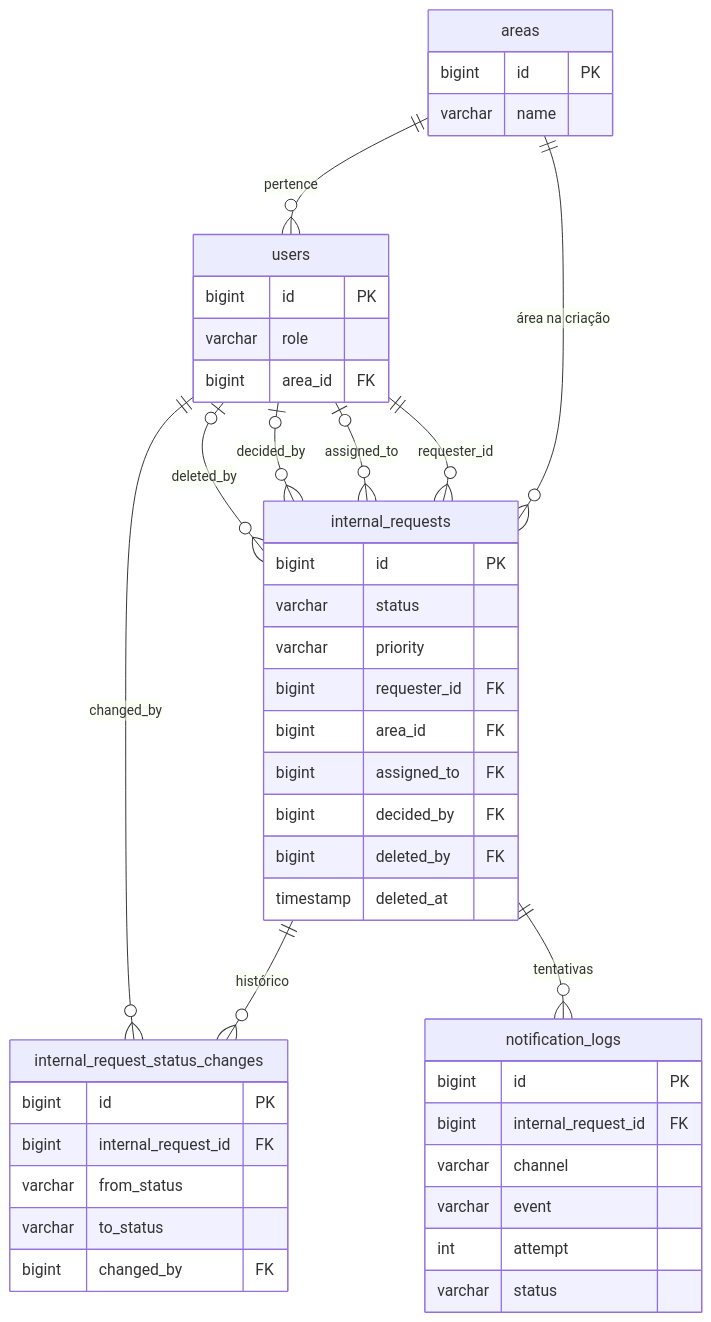
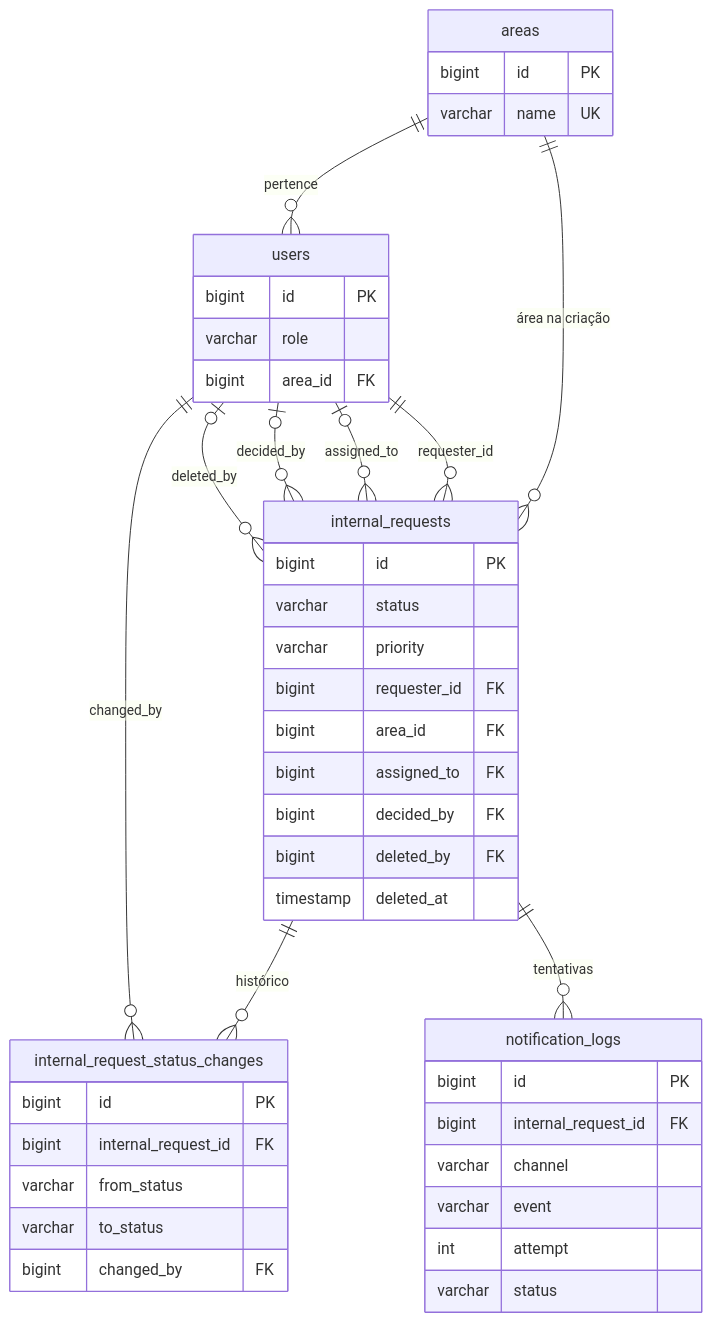
The diagram in docs/database.md (carloseduardorocha/internal-requests-manager), drawn with Mermaid before and after one commit. The commit also changed other lines of this file and 3 other files, not shown here.

````diff
--- a/docs/database.md
+++ b/docs/database.md
@@ -5,48 +5,48 @@
 ```mermaid
 erDiagram
     areas ||--o{ users : "pertence"
     areas ||--o{ internal_requests : "área na criação"
     users ||--o{ internal_requests : "requester_id"
     users |o--o{ internal_requests : "assigned_to"
     users |o--o{ internal_requests : "decided_by"
     users |o--o{ internal_requests : "deleted_by"
     internal_requests ||--o{ internal_request_status_changes : "histórico"
     users ||--o{ internal_request_status_changes : "changed_by"
     internal_requests ||--o{ notification_logs : "tentativas"
 
     areas {
         bigint id PK
-        varchar name
+        varchar name UK
     }
     users {
         bigint id PK
         varchar role
         bigint area_id FK
     }
     internal_requests {
         bigint id PK
         varchar status
         varchar priority
         bigint requester_id FK
         bigint area_id FK
         bigint assigned_to FK
         bigint decided_by FK
         bigint deleted_by FK
         timestamp deleted_at
     }
     internal_request_status_changes {
         bigint id PK
         bigint internal_request_id FK
         varchar from_status
         varchar to_status
         bigint changed_by FK
     }
     notification_logs {
         bigint id PK
         bigint internal_request_id FK
         varchar channel
         varchar event
         int attempt
         varchar status
     }
 ```
````
